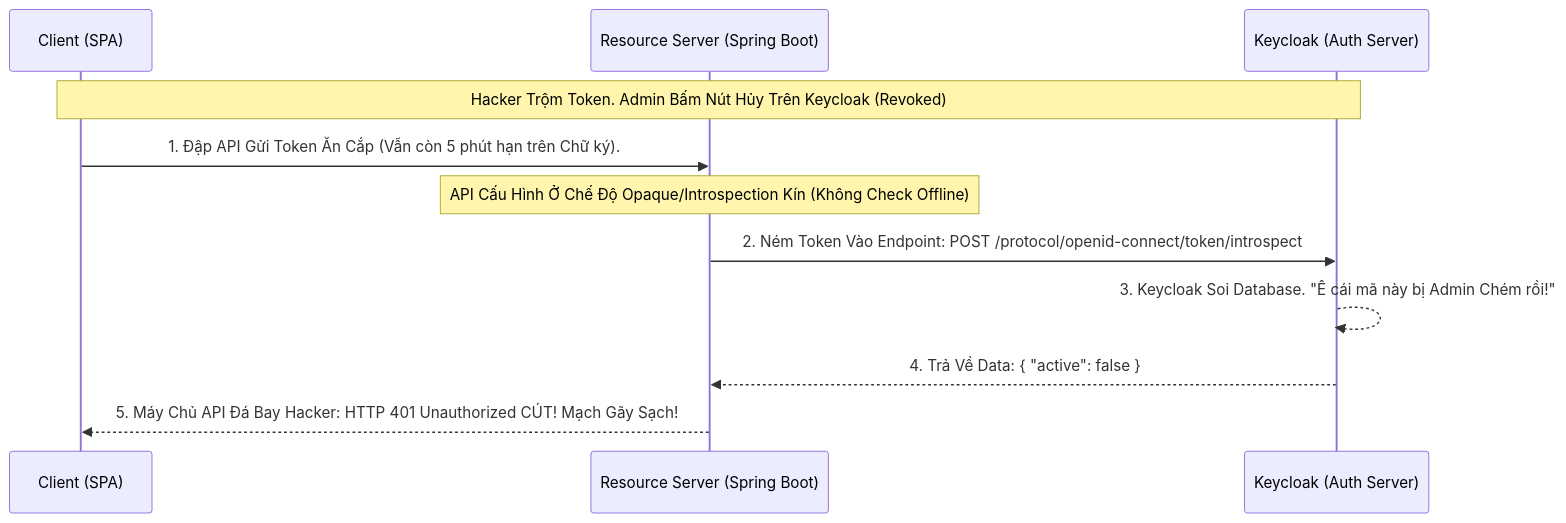
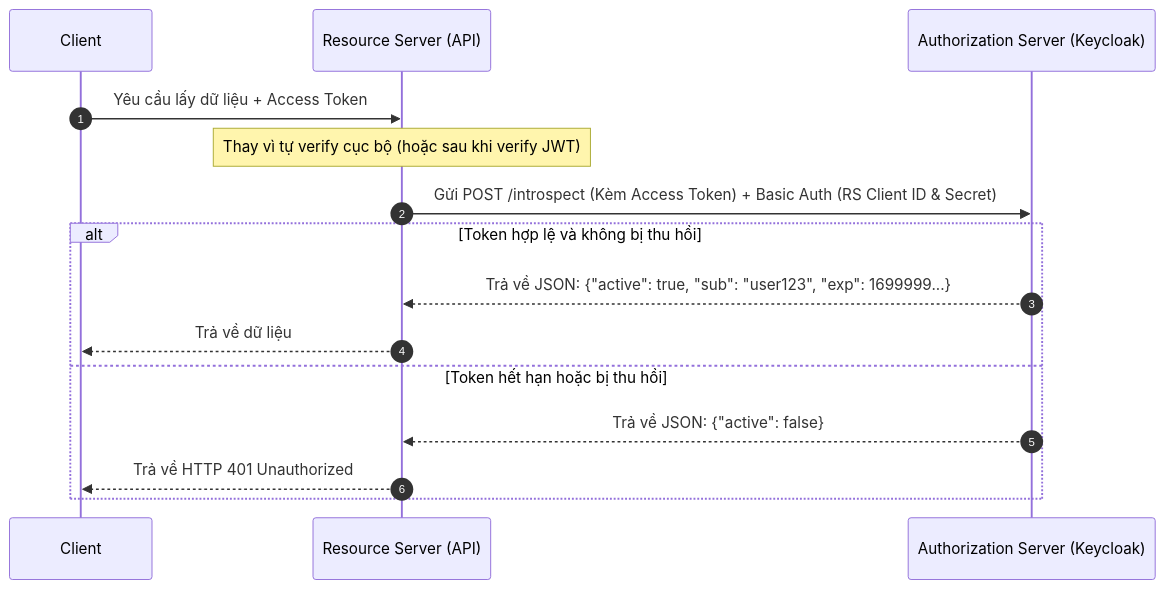
One commit to Luckyy0/keycloak changed the diagram in 15-OAuth2/Module-1-Concepts/Lesson-9-Token-Introspection.md. Above: the diagram before and after it, drawn with Mermaid. The commit also changed other lines of this file and 215 other files, not shown here.

````diff
--- a/15-OAuth2/Module-1-Concepts/Lesson-9-Token-Introspection.md
+++ b/15-OAuth2/Module-1-Concepts/Lesson-9-Token-Introspection.md
@@ -27,18 +18,20 @@
 ```mermaid
 sequenceDiagram
-    participant App as Client (SPA)
-    participant API as Resource Server (Spring Boot)
-    participant KC as Keycloak (Auth Server)
+    autonumber
+    participant Client
+    participant RS as Resource Server (API)
+    participant AS as Authorization Server (Keycloak)
 
-    Note over App, KC: Hacker Trộm Token. Admin Bấm Nút Hủy Trên Keycloak (Revoked)
+    Client->>RS: Yêu cầu lấy dữ liệu + Access Token
     
-    App->>API: 1. Đập API Gửi Token Ăn Cắp (Vẫn còn 5 phút hạn trên Chữ ký).
+    Note over RS: Thay vì tự verify cục bộ (hoặc sau khi verify JWT)
+    RS->>AS: Gửi POST /introspect (Kèm Access Token) + Basic Auth (RS Client ID & Secret)
     
-    Note over API: API Cấu Hình Ở Chế Độ Opaque/Introspection Kín (Không Check Offline)
-    API->>KC: 2. Ném Token Vào Endpoint: POST /protocol/openid-connect/token/introspect
-    
-    KC-->>KC: 3. Keycloak Soi Database. "Ê cái mã này bị Admin Chém rồi!"
-    KC-->>API: 4. Trả Về Data: { "active": false }
-    
-    API-->>App: 5. Máy Chủ API Đá Bay Hacker: HTTP 401 Unauthorized CÚT! Mạch Gãy Sạch!
+    alt Token hợp lệ và không bị thu hồi
+        AS-->>RS: Trả về JSON: {"active": true, "sub": "user123", "exp": 1699999...}
+        RS-->>Client: Trả về dữ liệu
+    else Token hết hạn hoặc bị thu hồi
+        AS-->>RS: Trả về JSON: {"active": false}
+        RS-->>Client: Trả về HTTP 401 Unauthorized
+    end
 ```
````
